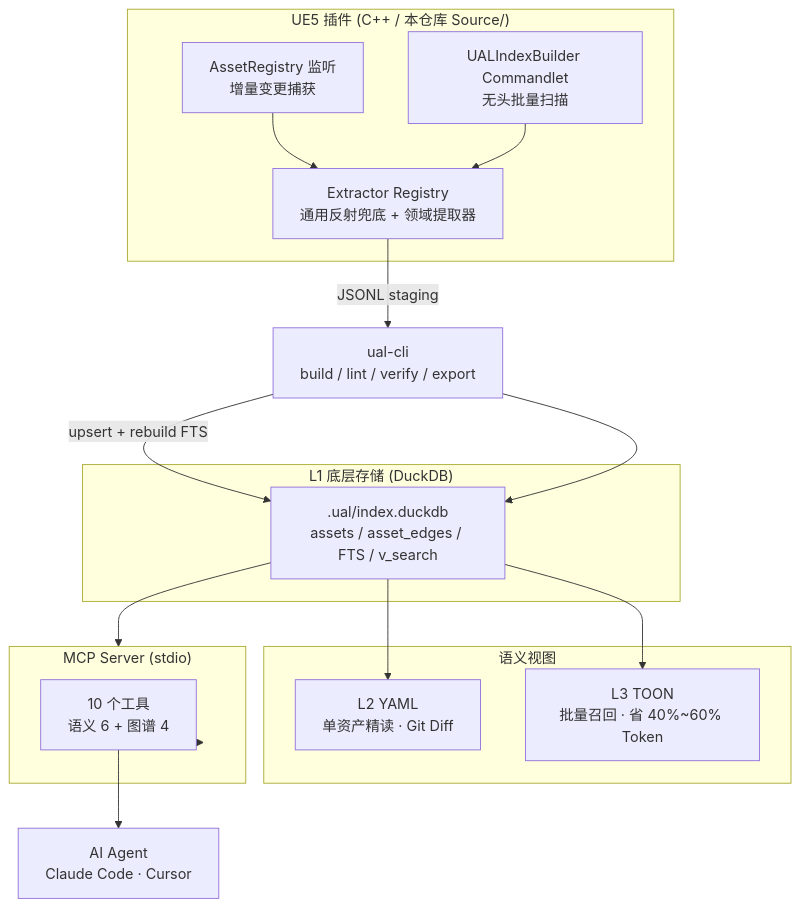
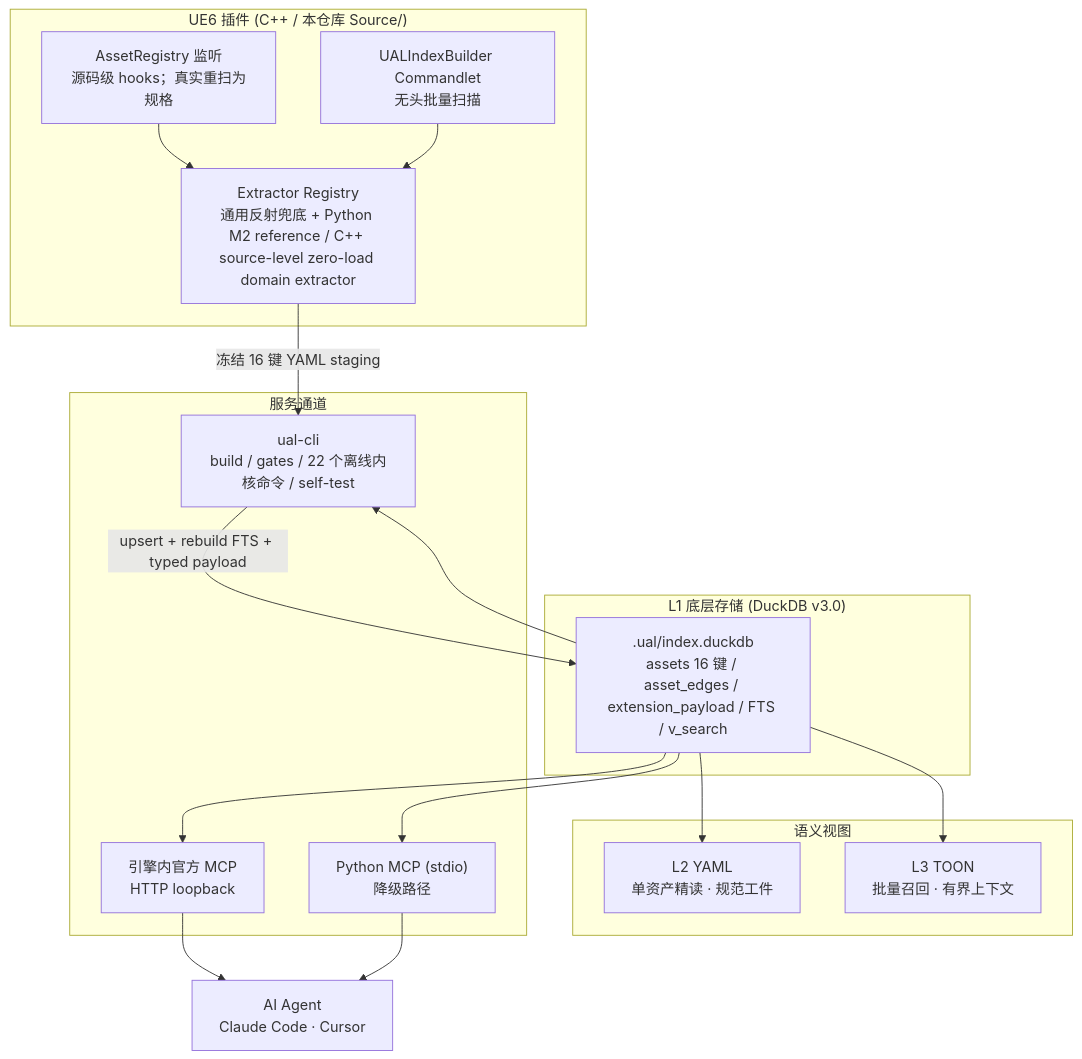
One commit to HUSTJJD/UEAssetLens changed the diagram in docs/index.md. Above: the diagram before and after it, drawn with Mermaid. The commit also changed other lines of this file and 122 other files, not shown here.

````diff
--- a/docs/index.md
+++ b/docs/index.md
@@ -7,31 +54,33 @@
 ```mermaid
 flowchart TB
-    subgraph UE["UE5 插件 (C++ / 本仓库 Source/)"]
-        AR["AssetRegistry 监听<br/>增量变更捕获"]
+    subgraph UE["UE6 插件 (C++ / 本仓库 Source/)"]
+        AR["AssetRegistry 监听<br/>源码级 hooks；真实重扫为规格"]
         CMD["UALIndexBuilder Commandlet<br/>无头批量扫描"]
-        REG["Extractor Registry<br/>通用反射兜底 + 领域提取器"]
+        REG["Extractor Registry<br/>通用反射兜底 + Python M2 reference / C++ source-level zero-load domain extractor"]
     end
-    subgraph STORE["L1 底层存储 (DuckDB)"]
-        DDB[".ual/index.duckdb<br/>assets / asset_edges / FTS / v_search"]
+    subgraph STORE["L1 底层存储 (DuckDB v3.0)"]
+        DDB[".ual/index.duckdb<br/>assets 16 键 / asset_edges / extension_payload / FTS / v_search"]
     end
     subgraph VIEWS["语义视图"]
-        YAML["L2 YAML<br/>单资产精读 · Git Diff"]
-        TOON["L3 TOON<br/>批量召回 · 省 40%~60% Token"]
+        YAML["L2 YAML<br/>单资产精读 · 规范工件"]
+        TOON["L3 TOON<br/>批量召回 · 有界上下文"]
     end
-    subgraph MCP["MCP Server (stdio)"]
-        TOOLS["10 个工具<br/>语义 6 + 图谱 4"]
+    subgraph SERVE["服务通道"]
+        HTTP["引擎内官方 MCP<br/>HTTP loopback"]
+        STDIO["Python MCP (stdio)<br/>降级路径"]
+        CLI["ual-cli<br/>build / gates / 22 个离线内核命令 / self-test"]
     end
     AGENT["AI Agent<br/>Claude Code · Cursor"]
-    CLI["ual-cli<br/>build / lint / verify / export"]
 
     AR --> REG
     CMD --> REG
-    REG -->|"JSONL staging"| CLI
-    CLI -->|"upsert + rebuild FTS"| DDB
+    REG -->|"冻结 16 键 YAML staging"| CLI
+    CLI -->|"upsert + rebuild FTS + typed payload"| DDB
     DDB --> YAML
     DDB --> TOON
-    DDB --> MCP
-    MCP --> TOOLS
-    TOOLS --> AGENT
-    CLI --> DDB
+    DDB --> HTTP
+    DDB --> STDIO
+    DDB --> CLI
+    HTTP --> AGENT
+    STDIO --> AGENT
 ```
````
